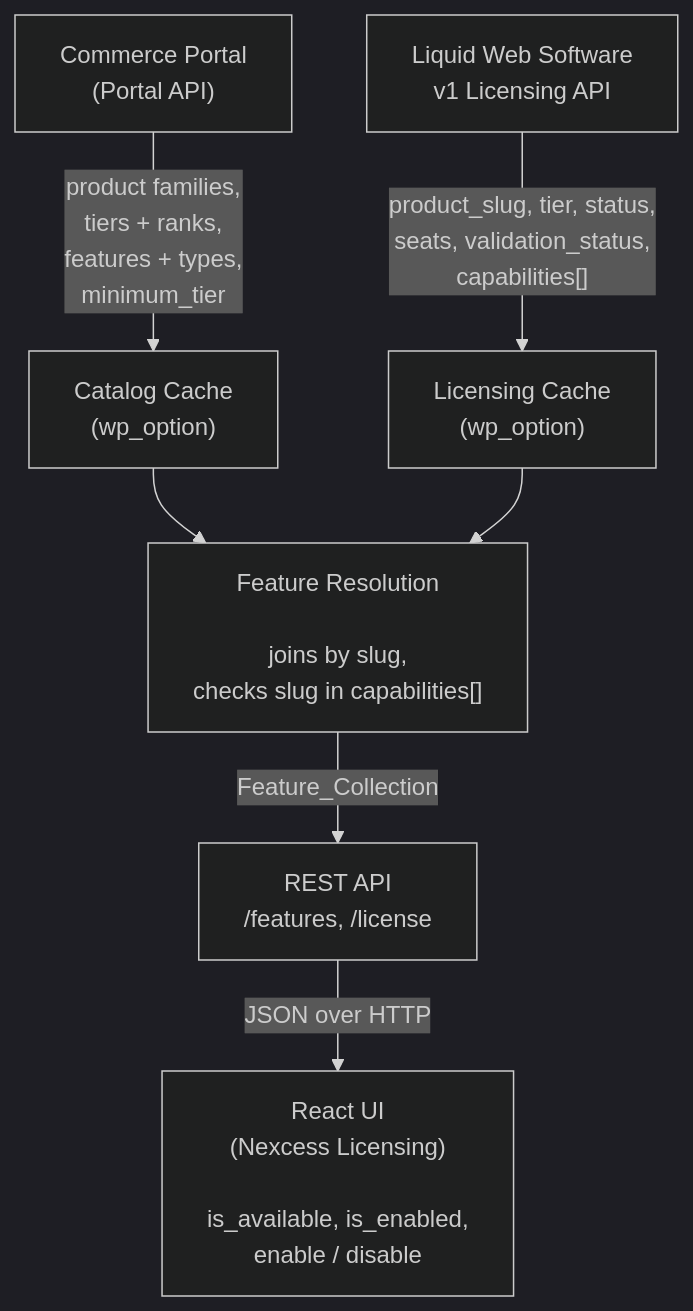
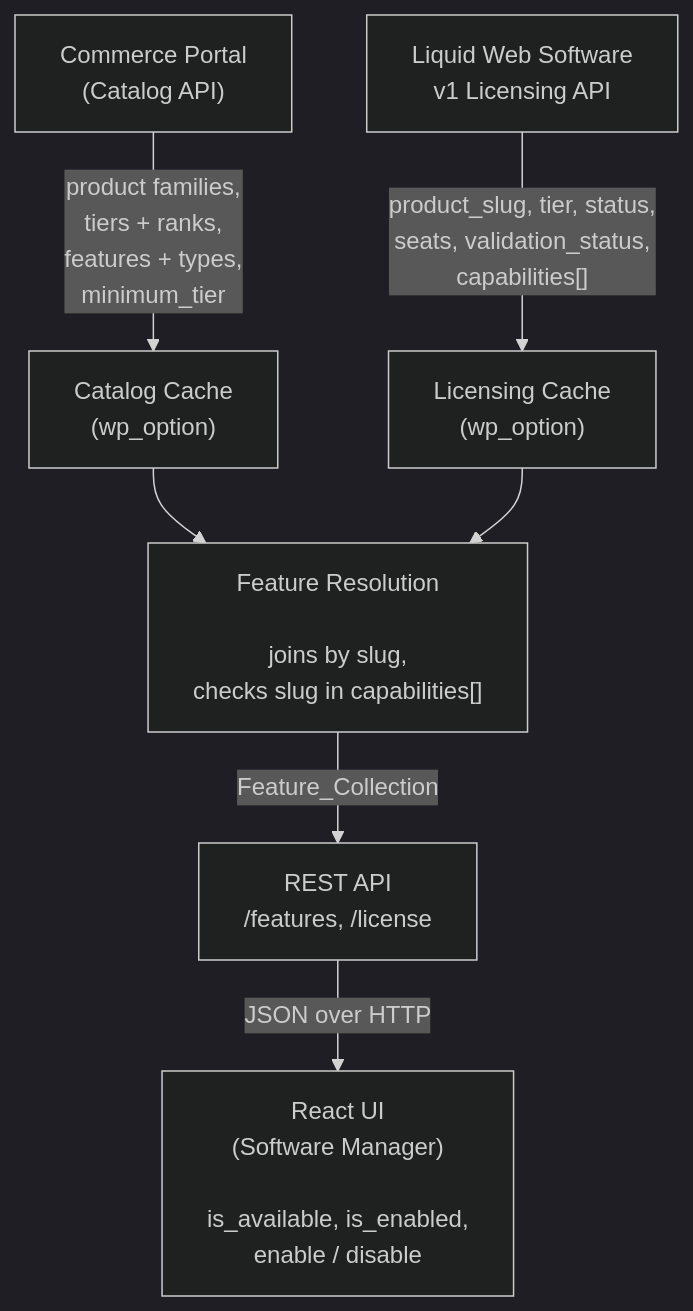
Before and after one commit to stellarwp/harbor: the diagram in docs/harbor.md, drawn with Mermaid (dark theme). The commit also changed other lines of this file, not shown here.

Commit message:
SCON-571: Remove redundant ascii chart

````diff
--- a/docs/harbor.md
+++ b/docs/harbor.md
@@ -74,9 +66,9 @@
 ```mermaid
 flowchart TD
-    CatalogAPI["Commerce Portal\n(Portal API)"] -->|"product families,\ntiers + ranks,\nfeatures + types,\nminimum_tier"| CatalogCache["Catalog Cache\n(wp_option)"]
+    CatalogAPI["Commerce Portal\n(Catalog API)"] -->|"product families,\ntiers + ranks,\nfeatures + types,\nminimum_tier"| CatalogCache["Catalog Cache\n(wp_option)"]
     LicensingAPI["Liquid Web Software\nv1 Licensing API"] -->|"product_slug, tier, status,\nseats, validation_status,\ncapabilities[]"| LicensingCache["Licensing Cache\n(wp_option)"]
     CatalogCache --> Resolution["Feature Resolution\n\njoins by slug,\nchecks slug in capabilities[]"]
     LicensingCache --> Resolution
     Resolution -->|Feature_Collection| REST["REST API\n/features, /license"]
-    REST -->|JSON over HTTP| UI["React UI\n(Nexcess Licensing)\n\nis_available, is_enabled,\nenable / disable"]
+    REST -->|JSON over HTTP| UI["React UI\n(Software Manager)\n\nis_available, is_enabled,\nenable / disable"]
 ```
````
